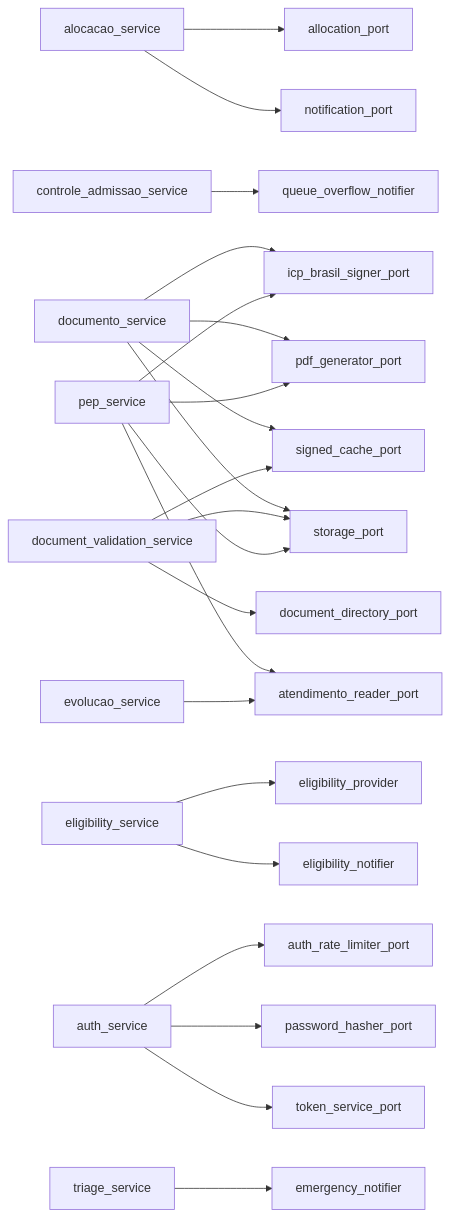
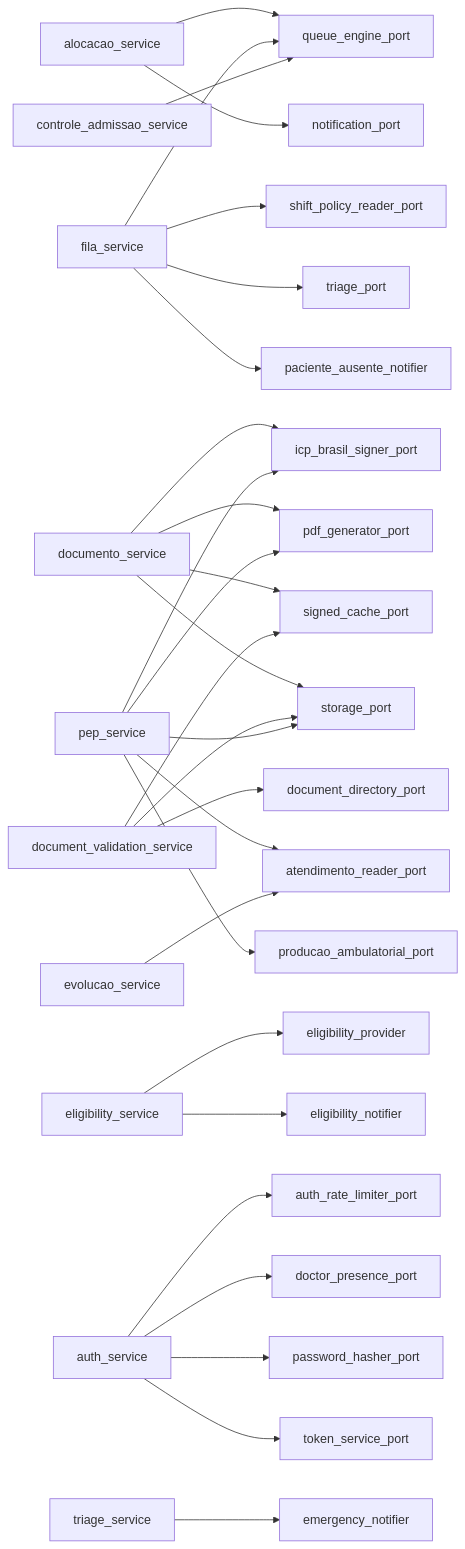
The diagram in docs/explanation/concepts/inter-module-protocols.md (Rafaelp122/medisync), drawn with Mermaid before and after one commit. The commit also changed other lines of this file and 130 other files, not shown here.

First line of the commit message:
fix(triage,queue,worker): unificar Red Flags SAMU, extrair ValkeyQueueEngine Lua 4-Keys e blindar Sweeper ARQ

````diff
--- a/docs/explanation/concepts/inter-module-protocols.md
+++ b/docs/explanation/concepts/inter-module-protocols.md
@@ -128,24 +125,30 @@
 ```mermaid
 flowchart LR
-    alocacao_service --> allocation_port
+    alocacao_service --> queue_engine_port
     alocacao_service --> notification_port
-    controle_admissao_service --> queue_overflow_notifier
+    fila_service --> queue_engine_port
+    fila_service --> shift_policy_reader_port
+    fila_service --> triage_port
+    fila_service --> paciente_ausente_notifier
+    controle_admissao_service --> queue_engine_port
     documento_service --> icp_brasil_signer_port
     documento_service --> pdf_generator_port
     documento_service --> signed_cache_port
     documento_service --> storage_port
     document_validation_service --> document_directory_port
     document_validation_service --> signed_cache_port
     document_validation_service --> storage_port
     pep_service --> atendimento_reader_port
     pep_service --> icp_brasil_signer_port
     pep_service --> pdf_generator_port
+    pep_service --> producao_ambulatorial_port
     pep_service --> storage_port
     evolucao_service --> atendimento_reader_port
     eligibility_service --> eligibility_provider
     eligibility_service --> eligibility_notifier
     auth_service --> auth_rate_limiter_port
+    auth_service --> doctor_presence_port
     auth_service --> password_hasher_port
     auth_service --> token_service_port
     triage_service --> emergency_notifier
 ```
````
